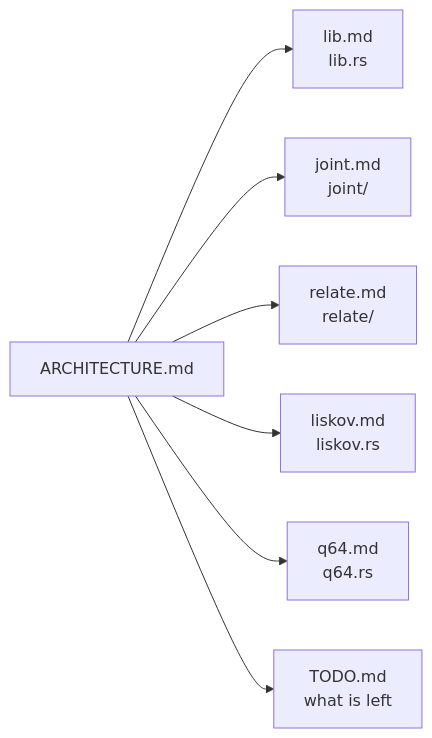
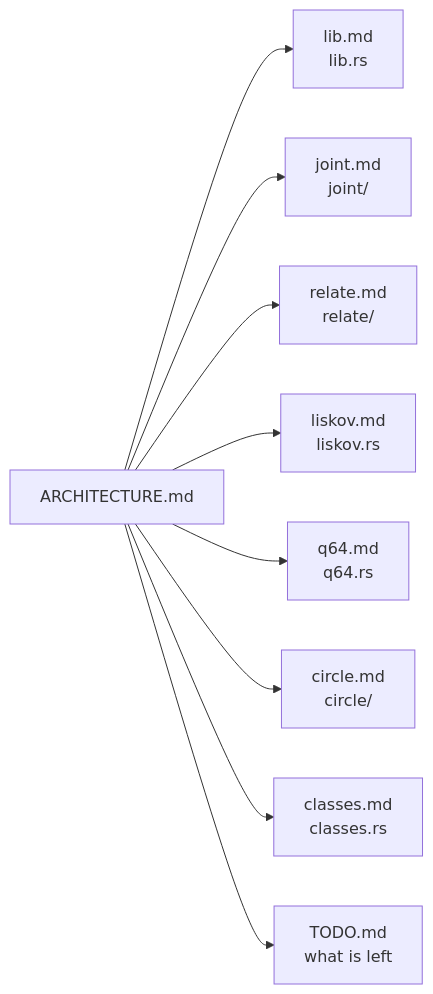
One commit to gemphi/phinet changed the second of 2 diagrams in crates/phical/ARCHITECTURE.md. Above: the diagram before and after it, drawn with Mermaid. The commit also changed other lines of this file and 111 other files, not shown here.

````diff
--- a/crates/phical/ARCHITECTURE.md
+++ b/crates/phical/ARCHITECTURE.md
@@ -50,9 +52,11 @@
 ```mermaid
 graph LR
     A["ARCHITECTURE.md"] --> L["lib.md<br/>lib.rs"]
     A --> J["joint.md<br/>joint/"]
     A --> R["relate.md<br/>relate/"]
     A --> K["liskov.md<br/>liskov.rs"]
     A --> Q["q64.md<br/>q64.rs"]
+    A --> C["circle.md<br/>circle/"]
+    A --> W["classes.md<br/>classes.rs"]
     A --> T["TODO.md<br/>what is left"]
 ```
````
